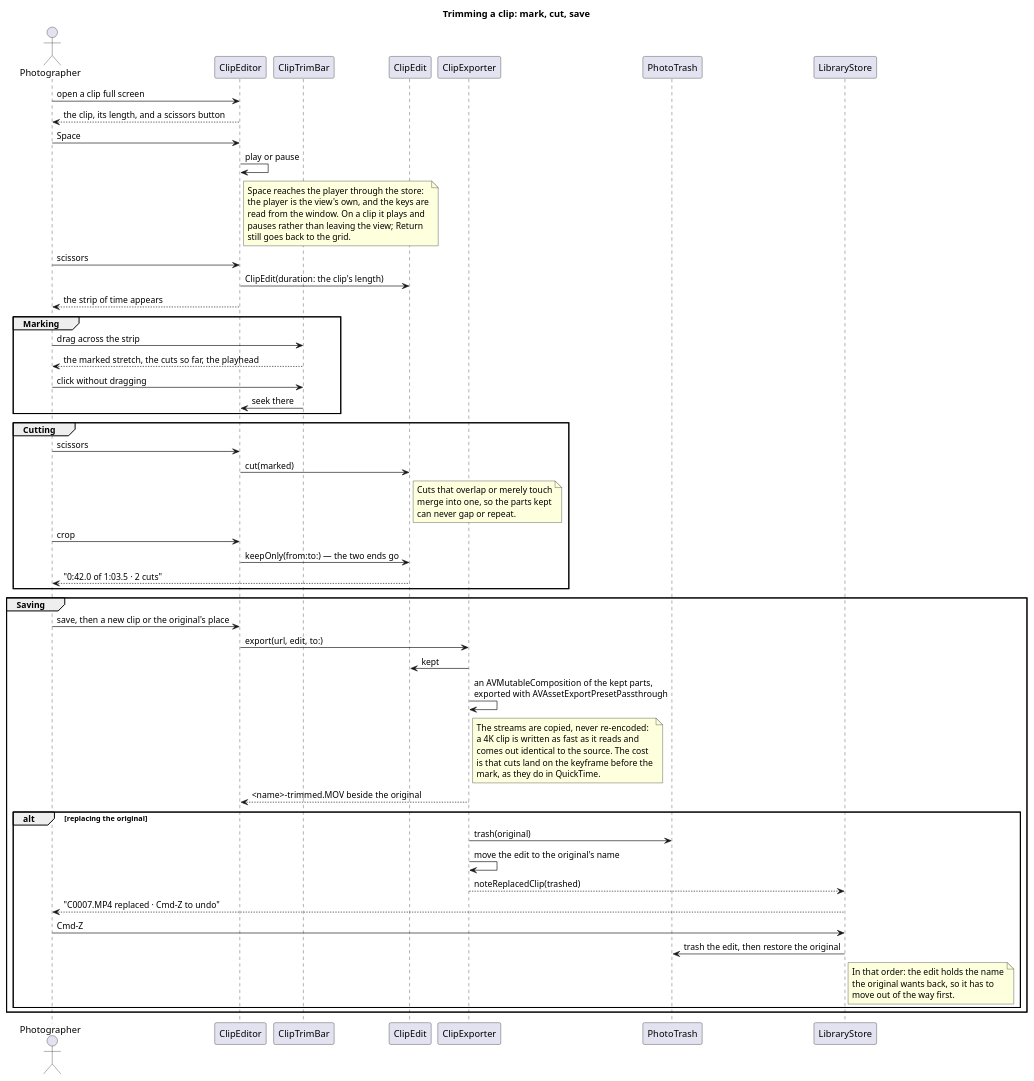
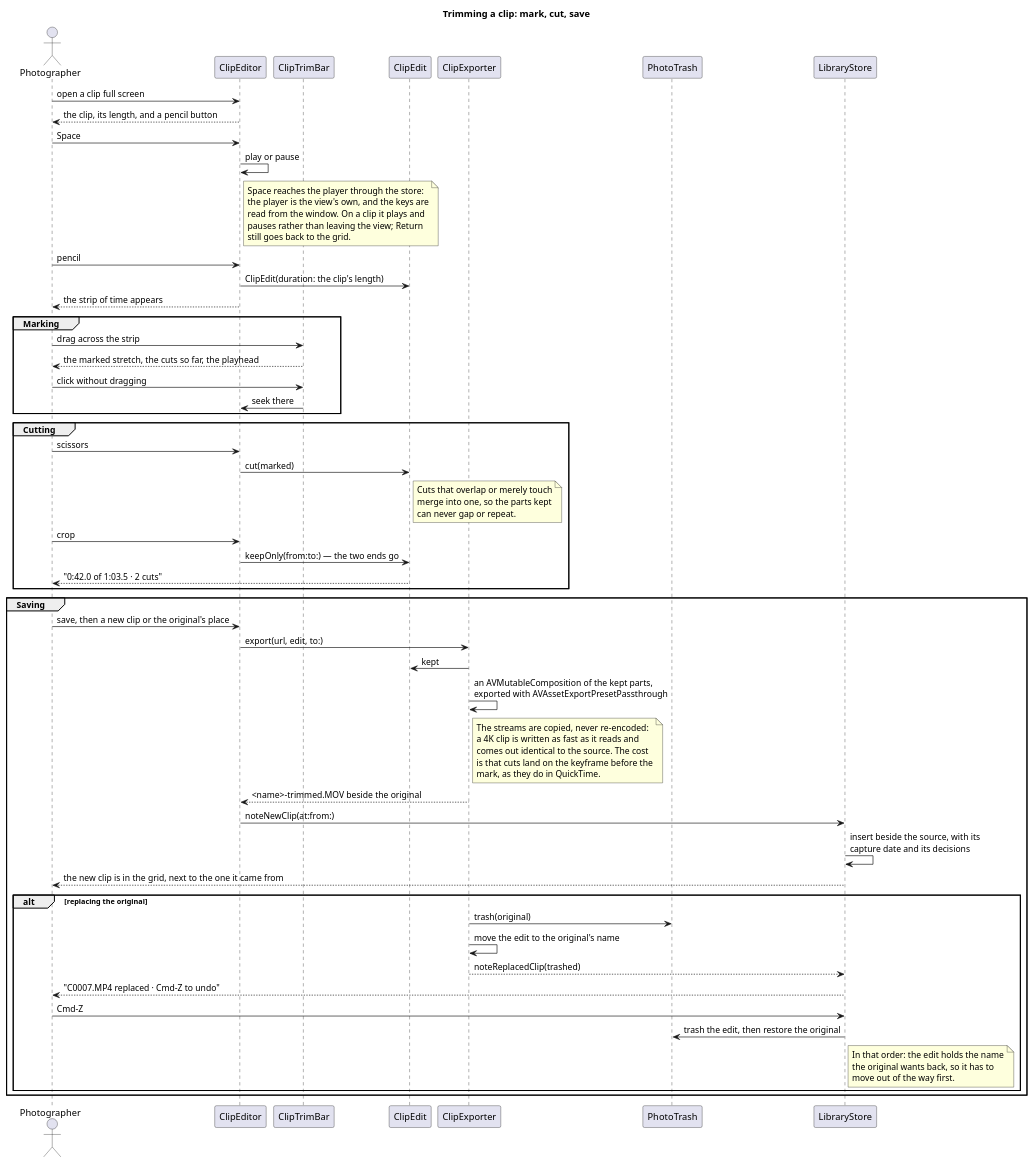
The fifth of 8 diagrams in docs/APPFLOW.md (elcozy/culldash), drawn with PlantUML before and after one commit. The commit also changed other lines of this file and 8 other files, not shown here.

````diff
--- a/docs/APPFLOW.md
+++ b/docs/APPFLOW.md
@@ -311,77 +317,80 @@
 ```plantuml
 @startuml trim-clip
 title Trimming a clip: mark, cut, save
 actor Photographer as P
 participant ClipEditor as Editor
 participant ClipTrimBar as Bar
 participant ClipEdit as Edit
 participant ClipExporter as Exporter
 participant PhotoTrash as Trash
 participant LibraryStore as Store
 
 P -> Editor: open a clip full screen
-Editor --> P: the clip, its length, and a scissors button
+Editor --> P: the clip, its length, and a pencil button
 P -> Editor: Space
 Editor -> Editor: play or pause
 note right of Editor
   Space reaches the player through the store:
   the player is the view's own, and the keys are
   read from the window. On a clip it plays and
   pauses rather than leaving the view; Return
   still goes back to the grid.
 end note
 
-P -> Editor: scissors
+P -> Editor: pencil
 Editor -> Edit: ClipEdit(duration: the clip's length)
 Editor --> P: the strip of time appears
 
 group Marking
   P -> Bar: drag across the strip
   Bar --> P: the marked stretch, the cuts so far, the playhead
   P -> Bar: click without dragging
   Bar -> Editor: seek there
 end
 
 group Cutting
   P -> Editor: scissors
   Editor -> Edit: cut(marked)
   note right of Edit
     Cuts that overlap or merely touch
     merge into one, so the parts kept
     can never gap or repeat.
   end note
   P -> Editor: crop
   Editor -> Edit: keepOnly(from:to:) — the two ends go
   Edit --> P: "0:42.0 of 1:03.5 · 2 cuts"
 end
 
 group Saving
   P -> Editor: save, then a new clip or the original's place
   Editor -> Exporter: export(url, edit, to:)
   Exporter -> Edit: kept
   Exporter -> Exporter: an AVMutableComposition of the kept parts,\nexported with AVAssetExportPresetPassthrough
   note right of Exporter
     The streams are copied, never re-encoded:
     a 4K clip is written as fast as it reads and
     comes out identical to the source. The cost
     is that cuts land on the keyframe before the
     mark, as they do in QuickTime.
   end note
   Exporter --> Editor: <name>-trimmed.MOV beside the original
+  Editor -> Store: noteNewClip(at:from:)
+  Store -> Store: insert beside the source, with its\ncapture date and its decisions
+  Store --> P: the new clip is in the grid, next to the one it came from
 
   alt replacing the original
     Exporter -> Trash: trash(original)
     Exporter -> Exporter: move the edit to the original's name
     Exporter --> Store: noteReplacedClip(trashed)
     Store --> P: "C0007.MP4 replaced · Cmd-Z to undo"
     P -> Store: Cmd-Z
     Store -> Trash: trash the edit, then restore the original
     note right of Store
       In that order: the edit holds the name
       the original wants back, so it has to
       move out of the way first.
     end note
   end
 end
 @enduml
 ```
````
